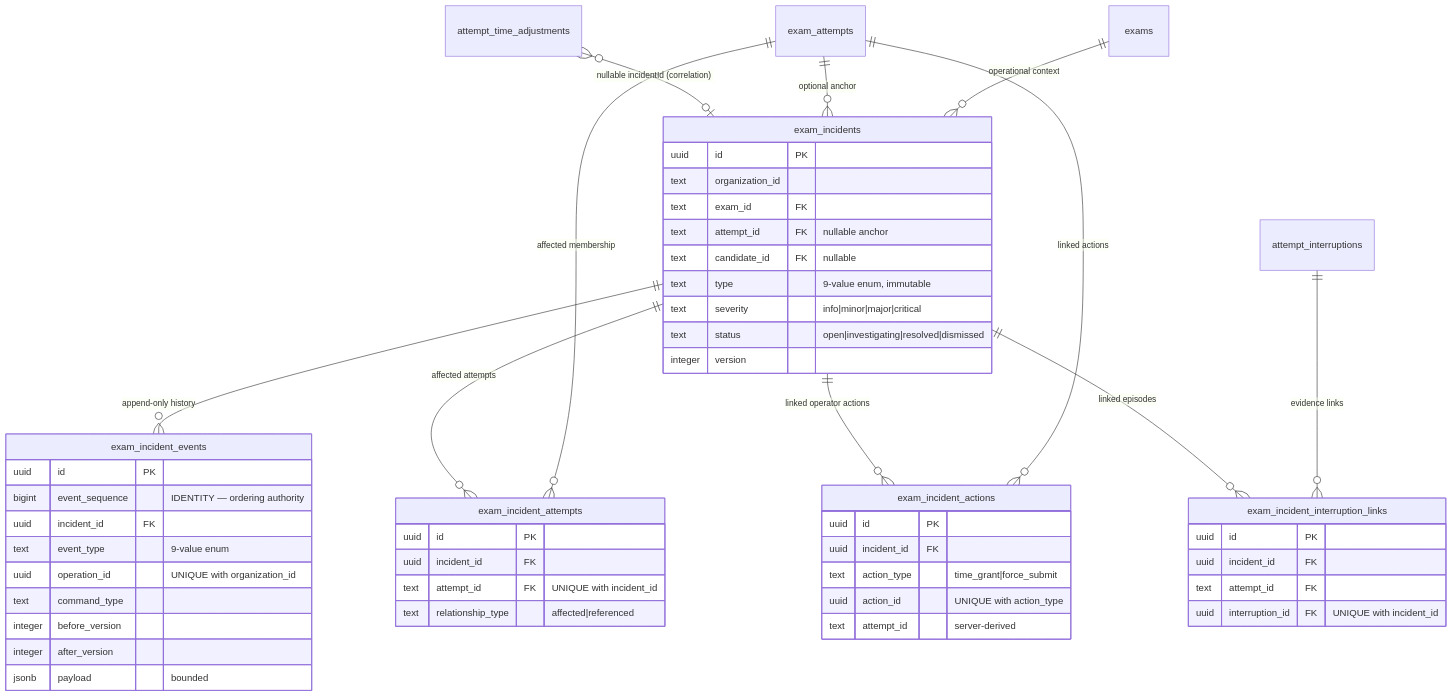
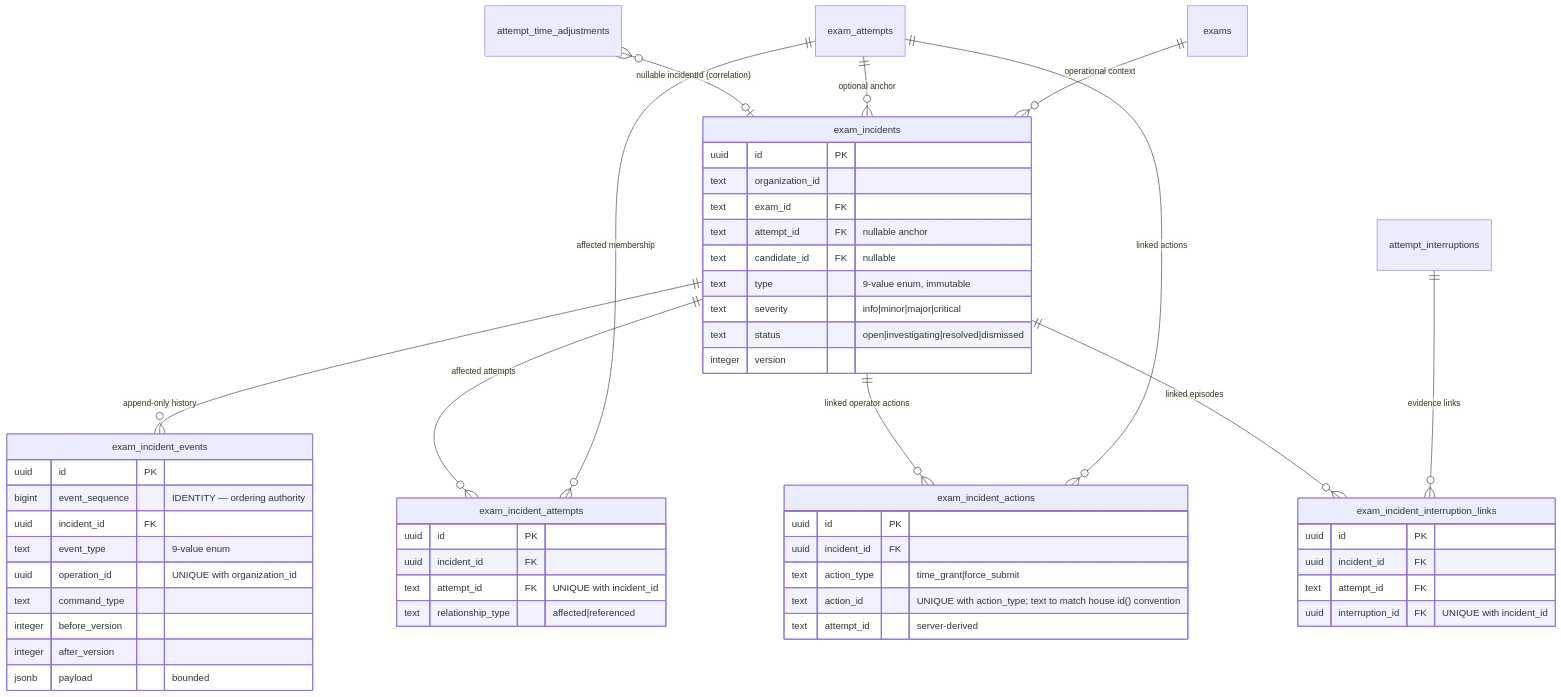
One commit to jnhu76/exam changed the second of 4 diagrams in docs/architecture/exam-system/incident-authority.md. Above: the diagram before and after it, drawn with Mermaid. The commit also changed 1 other file, not shown here.

Commit message:
docs: freeze R3 design decisions per review round 3
- action_id type changed from uuid to text to match house id() convention
- notes/links version-chain contiguity explicitly excluded (§5, §10)
- operationId vs link-unique arbitration priority frozen (§9)
- force_submit link requires server-side verification of real force-submit fact (§7)
- candidateId semantic matrix frozen with membership restrictions (§7)

````diff
--- a/docs/architecture/exam-system/incident-authority.md
+++ b/docs/architecture/exam-system/incident-authority.md
@@ -131,55 +131,55 @@
 ```mermaid
 erDiagram
     exams ||--o{ exam_incidents : "operational context"
     exam_attempts ||--o{ exam_incidents : "optional anchor"
     exam_attempts ||--o{ exam_incident_attempts : "affected membership"
     exam_attempts ||--o{ exam_incident_actions : "linked actions"
     attempt_interruptions ||--o{ exam_incident_interruption_links : "evidence links"
     exam_incidents ||--o{ exam_incident_events : "append-only history"
     exam_incidents ||--o{ exam_incident_actions : "linked operator actions"
     exam_incidents ||--o{ exam_incident_attempts : "affected attempts"
     exam_incidents ||--o{ exam_incident_interruption_links : "linked episodes"
     attempt_time_adjustments }o--o| exam_incidents : "nullable incidentId (correlation)"
 
     exam_incidents {
         uuid id PK
         text organization_id
         text exam_id FK
         text attempt_id FK "nullable anchor"
         text candidate_id FK "nullable"
         text type "9-value enum, immutable"
         text severity "info|minor|major|critical"
         text status "open|investigating|resolved|dismissed"
         integer version
     }
     exam_incident_events {
         uuid id PK
         bigint event_sequence "IDENTITY — ordering authority"
         uuid incident_id FK
         text event_type "9-value enum"
         uuid operation_id "UNIQUE with organization_id"
         text command_type
         integer before_version
         integer after_version
         jsonb payload "bounded"
     }
-    exam_incident_actions {
-        uuid id PK
-        uuid incident_id FK
-        text action_type "time_grant|force_submit"
-        uuid action_id "UNIQUE with action_type"
-        text attempt_id "server-derived"
-    }
+exam_incident_actions {
+	        uuid id PK
+	        uuid incident_id FK
+	        text action_type "time_grant|force_submit"
+	        text action_id "UNIQUE with action_type; text to match house id() convention"
+	        text attempt_id "server-derived"
+	    }
     exam_incident_attempts {
         uuid id PK
         uuid incident_id FK
         text attempt_id FK "UNIQUE with incident_id"
         text relationship_type "affected|referenced"
     }
     exam_incident_interruption_links {
         uuid id PK
         uuid incident_id FK
         text attempt_id FK
         uuid interruption_id FK "UNIQUE with incident_id"
     }
 ```
````
